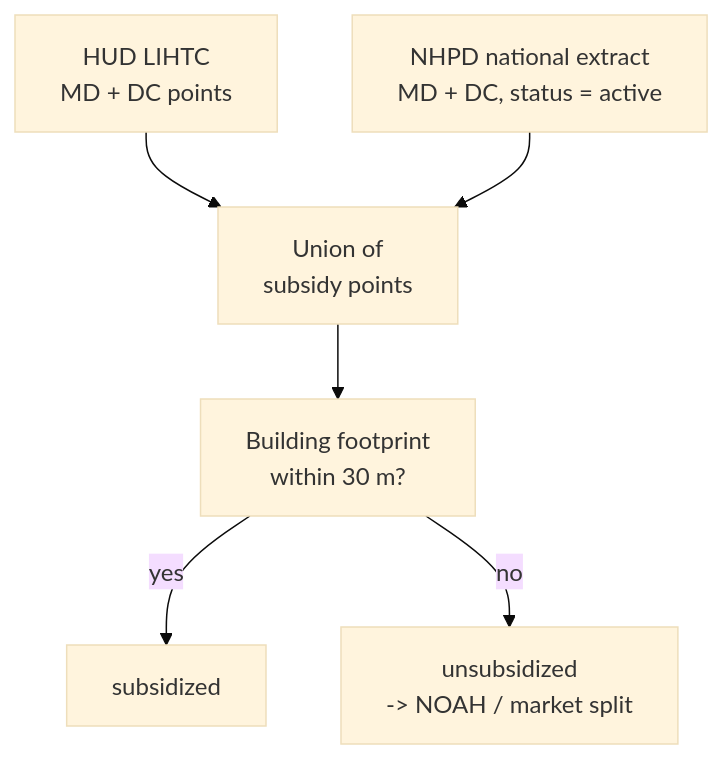
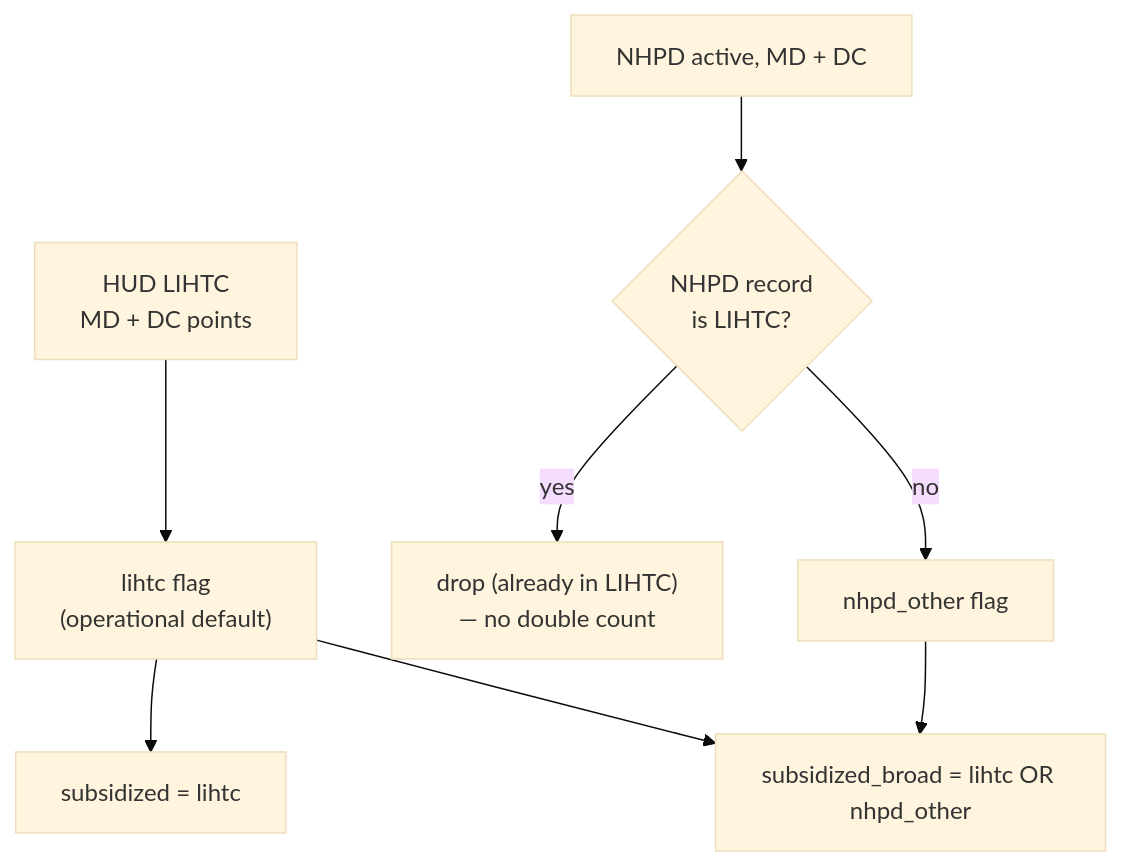
One commit to alibishokputov/green-gap-affordable-housing changed the eighth of 10 diagrams in data-methods.qmd. Above: the diagram before and after it, drawn with Mermaid (base theme). The commit also changed other lines of this file and 13 other files, not shown here.

First line of the commit message:
Rent validation, subsidy split, calibrated GRM, bivariate dashboard tab

````diff
--- a/data-methods.qmd
+++ b/data-methods.qmd
@@ -232,8 +252,10 @@
 ```{mermaid}
 flowchart TD
-  A["HUD LIHTC<br/>MD + DC points"] --> C["Union of<br/>subsidy points"]
-  B["NHPD national extract<br/>MD + DC, status = active"] --> C
-  C --> D["Building footprint<br/>within 30 m?"]
-  D -->|yes| E["subsidized"]
-  D -->|no| F["unsubsidized<br/>-> NOAH / market split"]
+  A["HUD LIHTC<br/>MD + DC points"] --> L["lihtc flag<br/>(operational default)"]
+  B["NHPD active, MD + DC"] --> D{"NHPD record<br/>is LIHTC?"}
+  D -->|yes| X["drop (already in LIHTC)<br/>— no double count"]
+  D -->|no| N["nhpd_other flag"]
+  L --> S["subsidized = lihtc"]
+  L --> BR["subsidized_broad = lihtc OR nhpd_other"]
+  N --> BR
 ```
````
